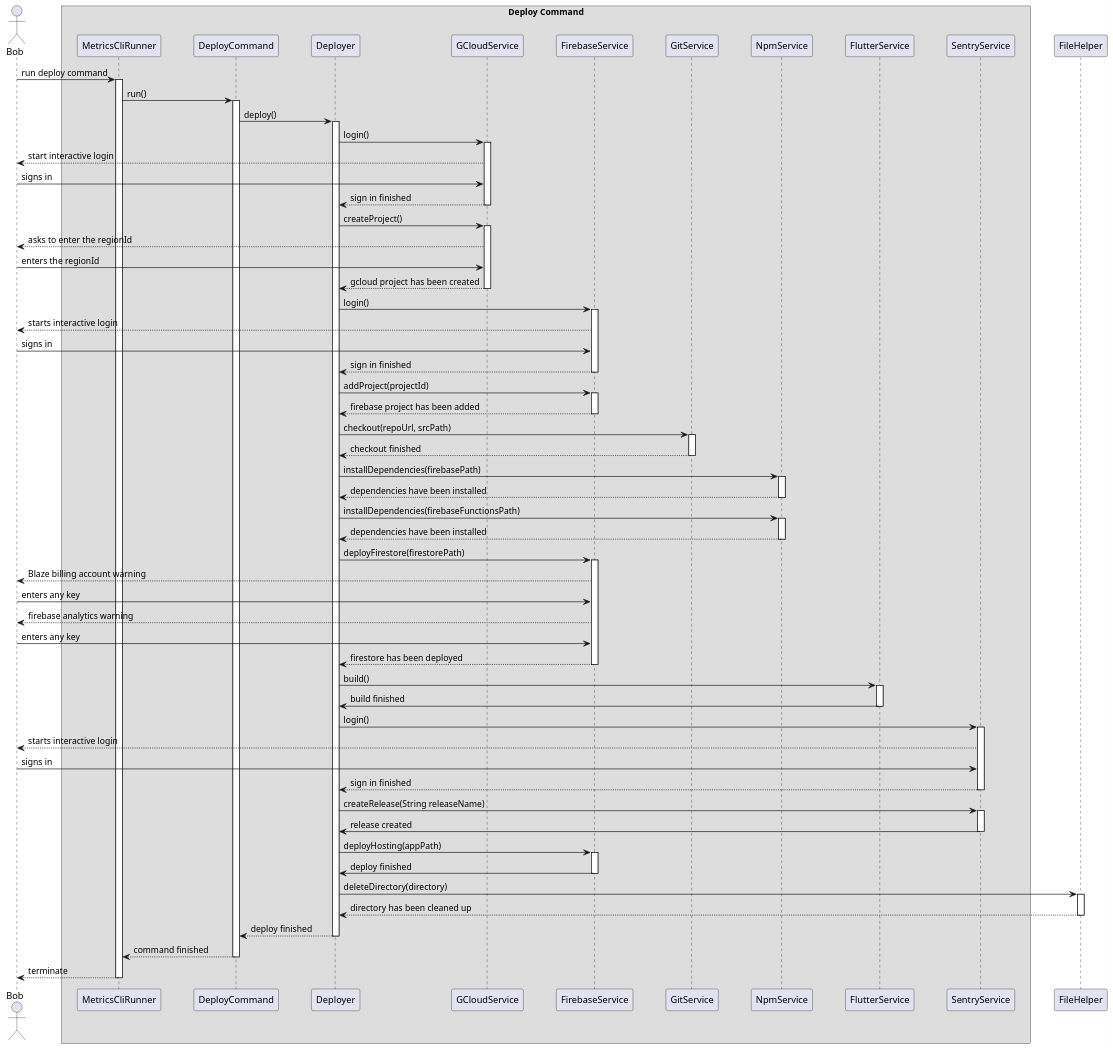
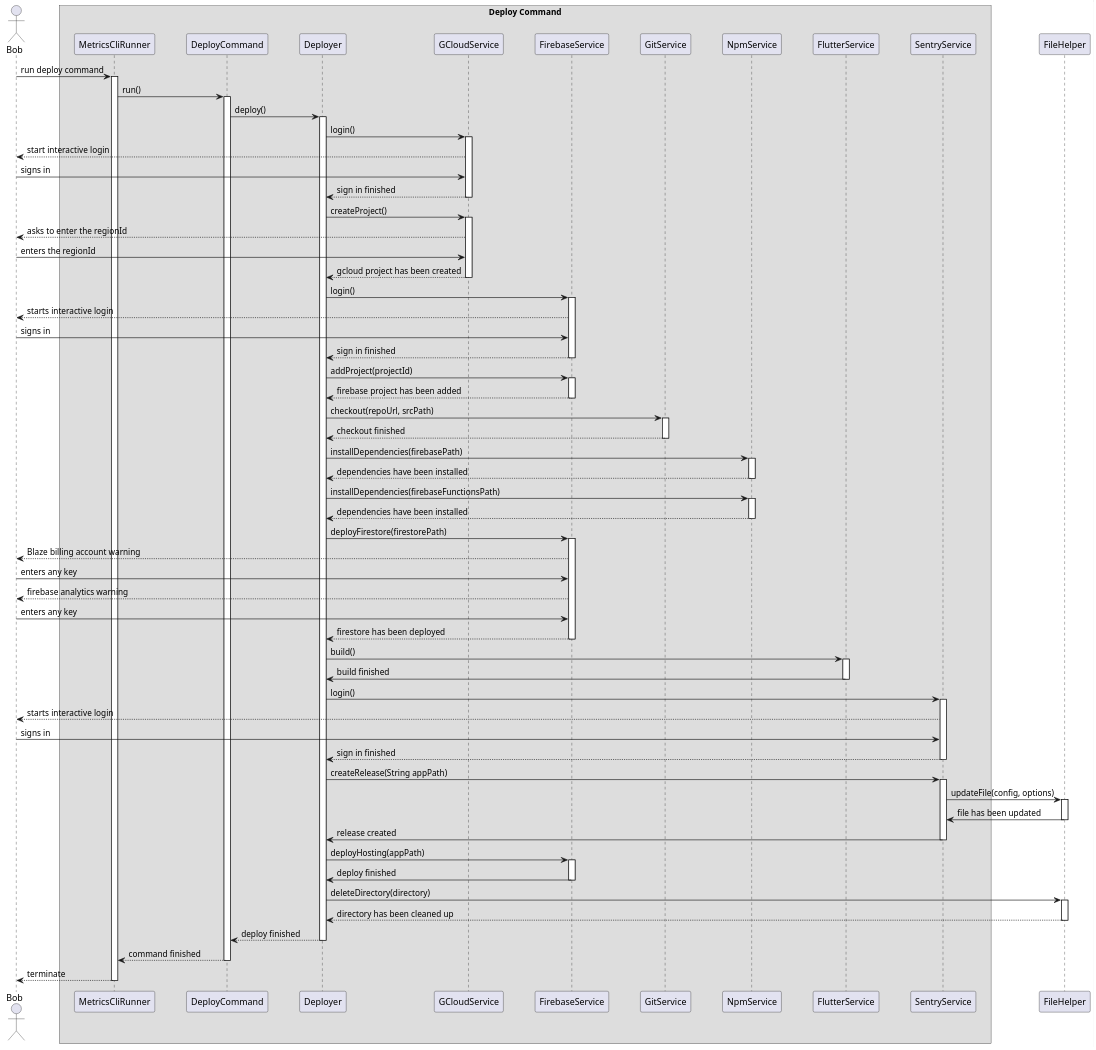
One commit to Flank/flank-dashboard changed the diagram in metrics/cli/docs/diagrams/deploy_command_sequence_diagram.puml. Above: the diagram before and after it, drawn with PlantUML. The commit also changed 3 other files, not shown here.

```diff
--- a/metrics/cli/docs/diagrams/deploy_command_sequence_diagram.puml
+++ b/metrics/cli/docs/diagrams/deploy_command_sequence_diagram.puml
@@ -1,99 +1,93 @@
 @startuml deploy_command_sequence_diagram
 
 scale 1900 height
 
 skinparam ParticipantPadding 20
 skinparam BoxPadding 10
 
 actor Bob
 
 box Deploy Command
 participant MetricsCliRunner
 participant DeployCommand
 participant Deployer
 participant GCloudService
 participant FirebaseService
 participant GitService
 participant NpmService
 participant FlutterService
 participant SentryService
 end box
 
 
 participant FileHelper
 
 Bob -> MetricsCliRunner ++ : run deploy command
 MetricsCliRunner -> DeployCommand ++ : run()
 DeployCommand -> Deployer ++ : deploy()
 Deployer -> GCloudService ++ : login()
 
 GCloudService --> Bob : start interactive login
 Bob -> GCloudService : signs in
-GCloudService --> Deployer : sign in finished
-GCloudService --
+GCloudService --> Deployer -- : sign in finished
 
 Deployer -> GCloudService ++ : createProject()
 
 GCloudService --> Bob : asks to enter the regionId
 Bob -> GCloudService : enters the regionId
 
 GCloudService --> Deployer -- : gcloud project has been created
 
 Deployer -> FirebaseService ++ : login()
 FirebaseService --> Bob : starts interactive login
 Bob -> FirebaseService : signs in
 FirebaseService --> Deployer -- : sign in finished
 
 Deployer -> FirebaseService ++ : addProject(projectId)
 
 FirebaseService --> Deployer -- : firebase project has been added
 
 Deployer -> GitService ++ : checkout(repoUrl, srcPath)
-GitService --> Deployer : checkout finished
-GitService --
+GitService --> Deployer -- : checkout finished
 
 
 Deployer -> NpmService ++ : installDependencies(firebasePath)
-NpmService --> Deployer : dependencies have been installed
-NpmService --
+NpmService --> Deployer -- : dependencies have been installed
 
 Deployer -> NpmService ++ : installDependencies(firebaseFunctionsPath)
-NpmService --> Deployer : dependencies have been installed
-NpmService --
+NpmService --> Deployer --: dependencies have been installed
 
 Deployer -> FirebaseService ++ : deployFirestore(firestorePath)
 
 FirebaseService --> Bob : Blaze billing account warning
 Bob -> FirebaseService : enters any key
 
 FirebaseService --> Bob : firebase analytics warning
 Bob -> FirebaseService : enters any key
 
 FirebaseService --> Deployer -- : firestore has been deployed
 
 
 Deployer -> FlutterService ++ : build()
-FlutterService -> Deployer : build finished
-FlutterService --
+FlutterService -> Deployer -- : build finished
 
 Deployer -> SentryService ++ : login()
 SentryService --> Bob : starts interactive login
 Bob -> SentryService : signs in
 SentryService --> Deployer -- : sign in finished
 
-Deployer -> SentryService ++ : createRelease(String releaseName)
-SentryService -> Deployer : release created
-SentryService --
+Deployer -> SentryService ++ : createRelease(String appPath)
+SentryService -> FileHelper ++ : updateFile(config, options)
+FileHelper -> SentryService -- : file has been updated
+SentryService -> Deployer -- : release created
 
 Deployer -> FirebaseService ++ : deployHosting(appPath)
-FirebaseService -> Deployer : deploy finished
-FirebaseService --
+FirebaseService -> Deployer -- : deploy finished
 
 Deployer -> FileHelper ++: deleteDirectory(directory)
 FileHelper --> Deployer --: directory has been cleaned up
 Deployer --> DeployCommand --: deploy finished
 DeployCommand --> MetricsCliRunner --: command finished
 MetricsCliRunner --> Bob -- : terminate
-MetricsCliRunner --
 
 @enduml
```
